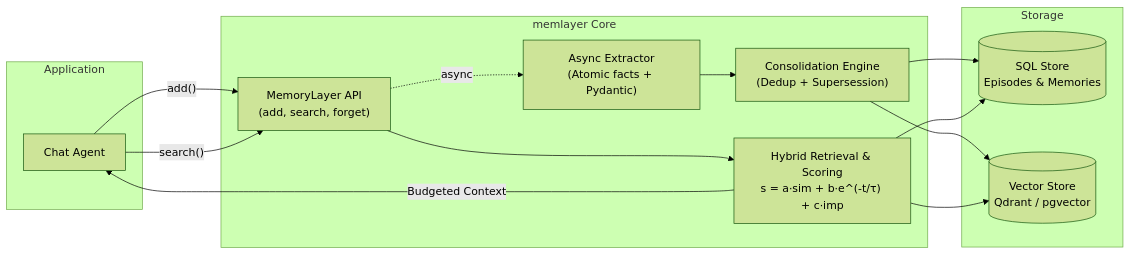
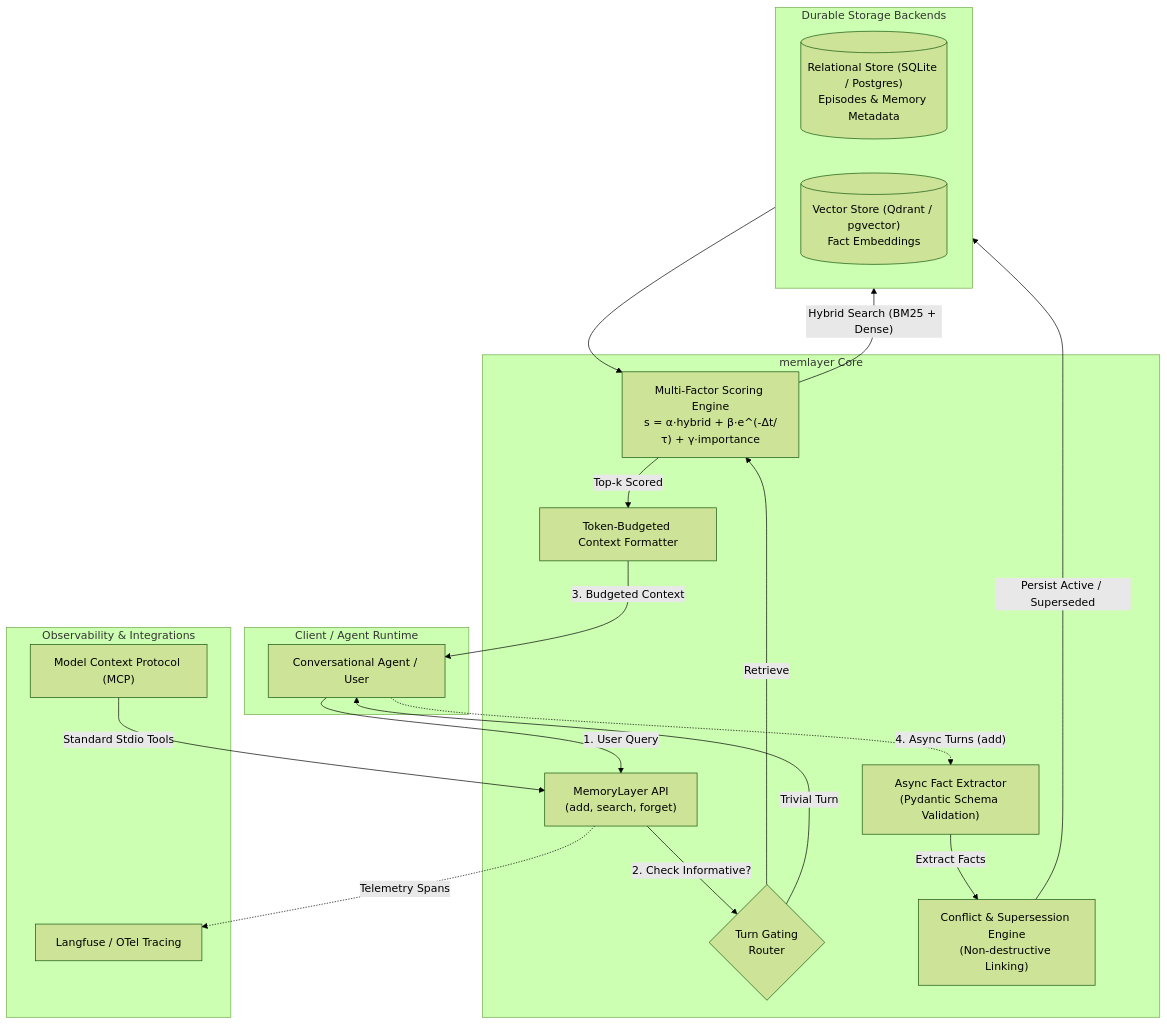
One commit to Yash-lab01/Agent-Memory-Layer changed the diagram in README.md. Above: the diagram before and after it, drawn with Mermaid (forest theme). The commit also changed other lines of this file and 8 other files, not shown here.

Commit message:
docs(docs): add recruiter-ready README, architecture guides, and MkDocs site

````diff
--- a/README.md
+++ b/README.md
@@ -19,27 +19,41 @@
 ```mermaid
-flowchart LR
-    subgraph Agent ["Application"]
-        A["Chat Agent"]
+flowchart TD
+    subgraph Client ["Client / Agent Runtime"]
+        Agent["Conversational Agent / User"]
     end
 
     subgraph MemoryLayer ["memlayer Core"]
         API["MemoryLayer API\n(add, search, forget)"]
-        Extract["Async Extractor\n(Atomic facts + Pydantic)"]
-        Retrieve["Hybrid Retrieval & Scoring\ns = a·sim + b·e^(-t/τ) + c·imp"]
-        Consolidate["Consolidation Engine\n(Dedup + Supersession)"]
+        Router{"Turn Gating\nRouter"}
+        Extractor["Async Fact Extractor\n(Pydantic Schema Validation)"]
+        ConflictEngine["Conflict & Supersession Engine\n(Non-destructive Linking)"]
+        Scorer["Multi-Factor Scoring Engine\ns = α·hybrid + β·e^(-Δt/τ) + γ·importance"]
+        Budgeter["Token-Budgeted Context Formatter"]
     end
 
-    subgraph Storage ["Storage"]
-        SQL[("SQL Store\nEpisodes & Memories")]
-        Vec[("Vector Store\nQdrant / pgvector")]
+    subgraph Storage ["Durable Storage Backends"]
+        SQLStore[("Relational Store (SQLite / Postgres)\nEpisodes & Memory Metadata")]
+        VectorStore[("Vector Store (Qdrant / pgvector)\nFact Embeddings")]
     end
 
-    A -->|"add()"| API
-    A -->|"search()"| API
-    API -.->|"async"| Extract
-    Extract --> Consolidate
-    Consolidate --> SQL & Vec
-    API --> Retrieve
-    Retrieve --> SQL & Vec
-    Retrieve -->|"Budgeted Context"| A
+    subgraph Observability ["Observability & Integrations"]
+        Langfuse["Langfuse / OTel Tracing"]
+        MCPServer["Model Context Protocol (MCP)"]
+    end
+
+    Agent -->|"1. User Query"| API
+    API -->|"2. Check Informative?"| Router
+    Router -->|"Retrieve"| Scorer
+    Router -->|"Trivial Turn"| Agent
+
+    Scorer -->|"Hybrid Search (BM25 + Dense)"| Storage
+    Storage --> Scorer
+    Scorer -->|"Top-k Scored"| Budgeter
+    Budgeter -->|"3. Budgeted Context"| Agent
+
+    Agent -.->|"4. Async Turns (add)"| Extractor
+    Extractor -->|"Extract Facts"| ConflictEngine
+    ConflictEngine -->|"Persist Active / Superseded"| Storage
+    API -.->|"Telemetry Spans"| Langfuse
+    MCPServer -->|"Standard Stdio Tools"| API
 ```
````
